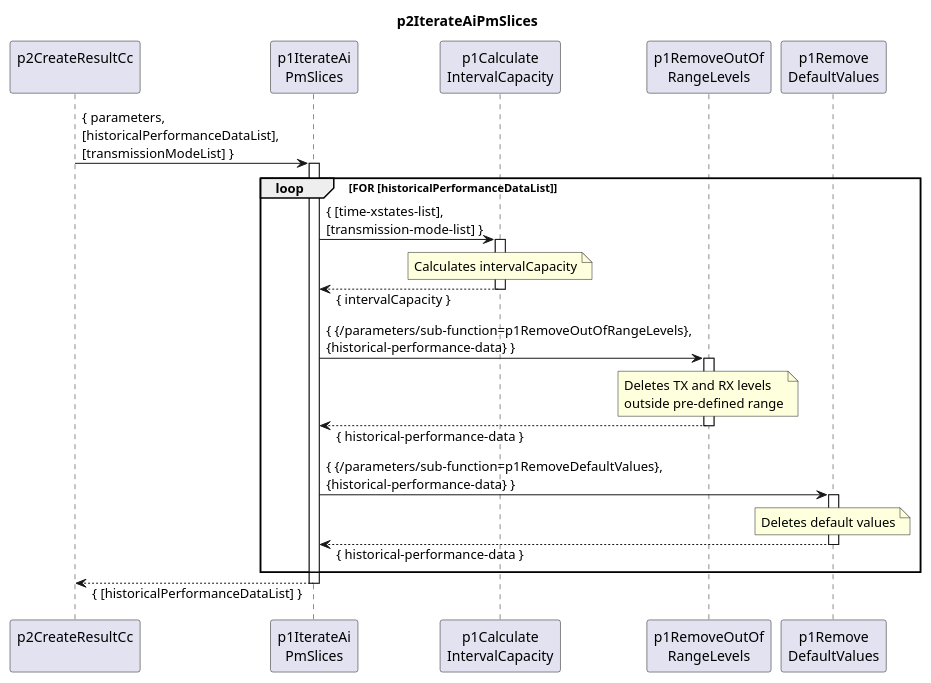
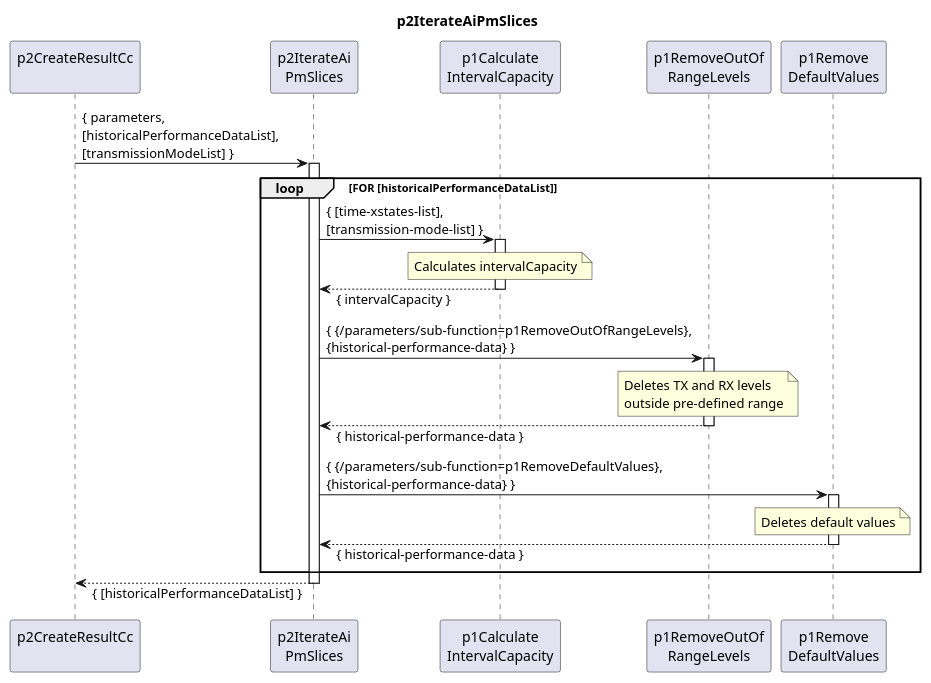
One commit to openBackhaul/DevicePerformanceManagementDataProcessor changed the diagram in spec/Functions/p1StreamPmData/p2ProcessDevice/p2CreateResultCc/p2IterateAiPmSlices/1.0.0/p2IterateAiPmSlices.plantuml. Above: the diagram before and after it, drawn with PlantUML. The commit also changed 1 other file, not shown here.

Commit message:
fix p2IterateAiPmSlices diagram

```diff
--- a/spec/Functions/p1StreamPmData/p2ProcessDevice/p2CreateResultCc/p2IterateAiPmSlices/1.0.0/p2IterateAiPmSlices.plantuml
+++ b/spec/Functions/p1StreamPmData/p2ProcessDevice/p2CreateResultCc/p2IterateAiPmSlices/1.0.0/p2IterateAiPmSlices.plantuml
@@ -1,53 +1,53 @@
 @startuml p2IterateAiPmSlices
 skinparam responseMessageBelowArrow true
 
 title
   p2IterateAiPmSlices
 end title
 
 participant "p2CreateResultCc\n" as cur
 
-participant "p1IterateAi\nPmSlices" as iterateSlices
+participant "p2IterateAi\nPmSlices" as iterateSlices
 participant "p1Calculate\nIntervalCapacity" as intCC
 participant "p1RemoveOutOf\nRangeLevels" as p1RORL
 participant "p1Remove\nDefaultValues" as p1RemDefault
 
 
 cur -> iterateSlices : { parameters,\n[historicalPerformanceDataList],\n[transmissionModeList] }
 activate iterateSlices
 
   loop FOR [historicalPerformanceDataList]
 
     iterateSlices -> intCC : { [time-xstates-list],\n[transmission-mode-list] }
     activate intCC
       note over intCC
         Calculates intervalCapacity
       end note
     iterateSlices <-- intCC: { intervalCapacity }
     deactivate intCC
 
     iterateSlices -> p1RORL : { {/parameters/sub-function=p1RemoveOutOfRangeLevels},\n{historical-performance-data} }
     activate p1RORL
       note over p1RORL
         Deletes TX and RX levels
         outside pre-defined range
       end note
     iterateSlices <-- p1RORL: { historical-performance-data }
     deactivate p1RORL
 
     iterateSlices -> p1RemDefault : { {/parameters/sub-function=p1RemoveDefaultValues},\n{historical-performance-data} }
     activate p1RemDefault
       note over p1RemDefault
         Deletes default values
       end note
     iterateSlices <-- p1RemDefault: { historical-performance-data }
     deactivate p1RemDefault
 
   end loop
 
 cur <-- iterateSlices : { [historicalPerformanceDataList] }
 deactivate iterateSlices
 
 deactivate cur
 
 @enduml
```
